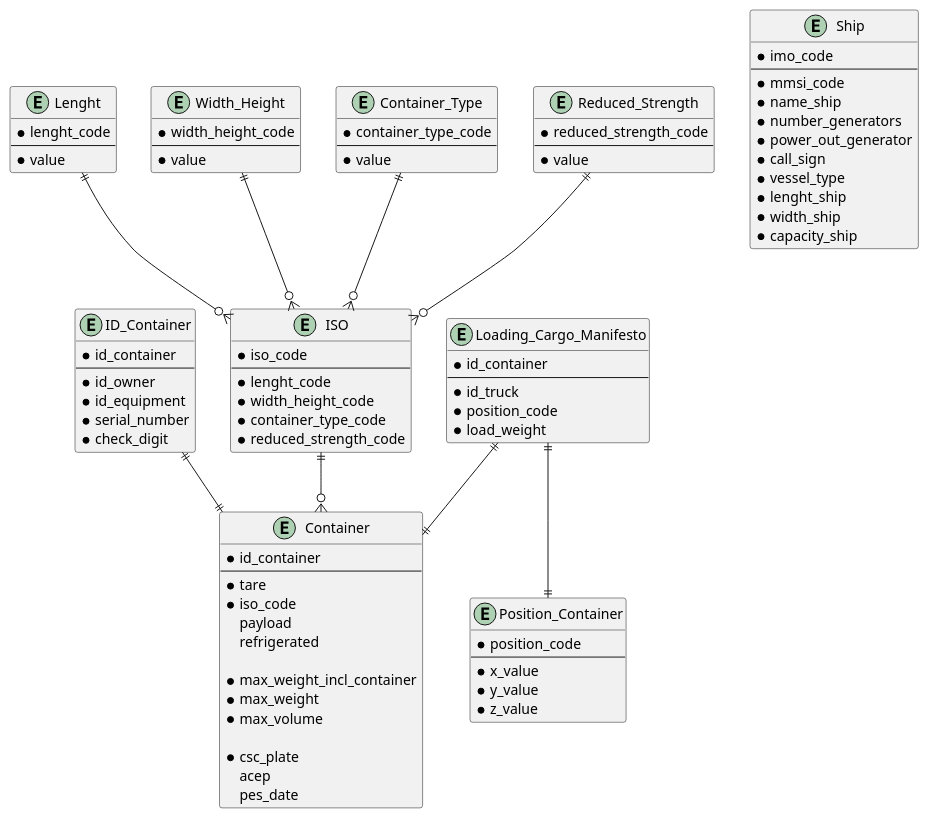
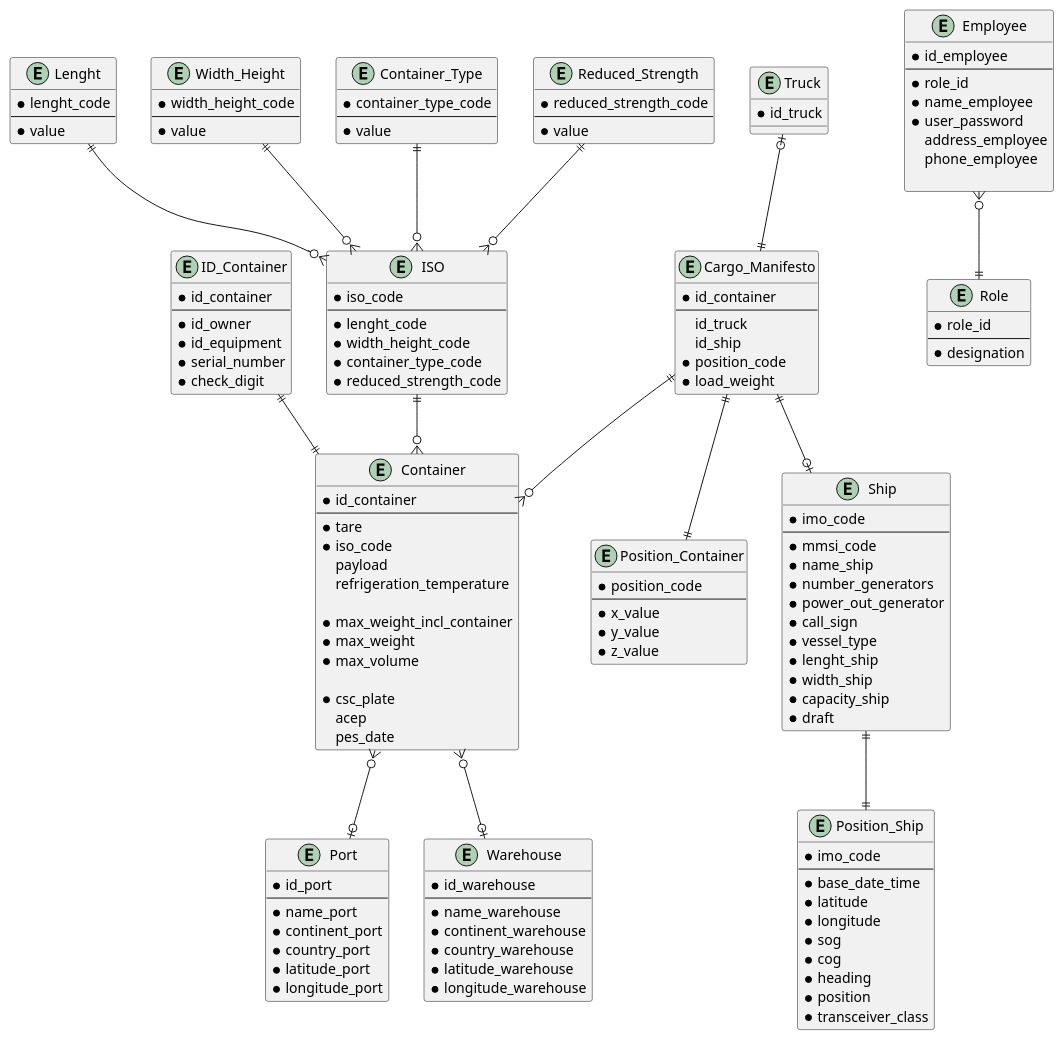
The diagram in docs/Sprint 1/us108/relational_model.puml (1190772/LAB-Project-3), drawn with PlantUML before and after one commit.

Commit message:
Continuação do desenvolvimento do modelo relacional

```diff
--- a/docs/Sprint 1/us108/relational_model.puml
+++ b/docs/Sprint 1/us108/relational_model.puml
@@ -1,103 +1,170 @@
 @startuml
 
 entity Container {
 * id_container
 --
 * tare
 * iso_code
 payload
-refrigerated
+refrigeration_temperature
 
 * max_weight_incl_container
 * max_weight
 * max_volume
 
 *csc_plate
 acep
 pes_date
 }
 
 entity ID_Container {
 * id_container
 --
 * id_owner
 * id_equipment
 * serial_number
 * check_digit
 }
 
 
 entity ISO {
 * iso_code
 --
 * lenght_code
 * width_height_code
 * container_type_code
 * reduced_strength_code
 }
 
+
+
 entity Lenght {
 * lenght_code
 --
 * value
 }
 
 entity Width_Height {
 * width_height_code
 --
 * value
 }
 
 entity Container_Type {
 * container_type_code
 --
 * value
 }
 
 entity Reduced_Strength {
 * reduced_strength_code
 --
 * value
 }
 
-entity Loading_Cargo_Manifesto {
+entity Cargo_Manifesto {
 * id_container
 --
-* id_truck
+ id_truck
+ id_ship
 * position_code
 * load_weight
 }
 
 entity Position_Container {
 * position_code
 --
 * x_value
 * y_value
 * z_value
+}
+
+entity Truck {
+* id_truck
 }
 
 entity Ship {
 * imo_code
 --
 * mmsi_code
 * name_ship
 * number_generators
 * power_out_generator
 * call_sign
 * vessel_type
 * lenght_ship
 * width_ship
 * capacity_ship
+* draft
 }
+
+entity Position_Ship {
+* imo_code
+--
+* base_date_time
+* latitude
+* longitude
+* sog
+* cog
+* heading
+* position
+* transceiver_class
+}
+
+entity Port {
+* id_port
+--
+* name_port
+* continent_port
+* country_port
+* latitude_port
+* longitude_port
+}
+
+entity Warehouse {
+* id_warehouse
+--
+* name_warehouse
+* continent_warehouse
+* country_warehouse
+* latitude_warehouse
+* longitude_warehouse
+}
+
+entity Employee{
+* id_employee
+--
+* role_id
+* name_employee
+* user_password
+ address_employee
+ phone_employee
+
+}
+
+entity Role {
+* role_id
+--
+* designation
+}
+
 
 Lenght ||--o{ ISO
 Width_Height ||--o{ ISO
 Container_Type ||--o{ ISO
 Reduced_Strength ||--o{ ISO
 
 ID_Container ||--|| Container
 ISO ||--o{ Container
-Loading_Cargo_Manifesto ||--|| Container
-Loading_Cargo_Manifesto ||--|| Position_Container
+Cargo_Manifesto ||--o{ Container
+Cargo_Manifesto ||--|| Position_Container
+Cargo_Manifesto ||--o| Ship
+Truck |o--|| Cargo_Manifesto
+Ship ||--|| Position_Ship
+
+Container }o--o| Warehouse
+Container }o--o| Port
+
+Employee }o--|| Role
 
 @enduml
```
